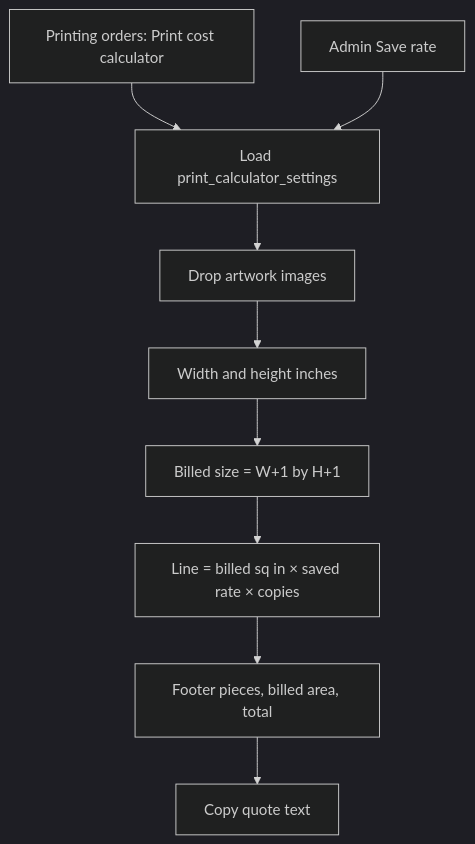
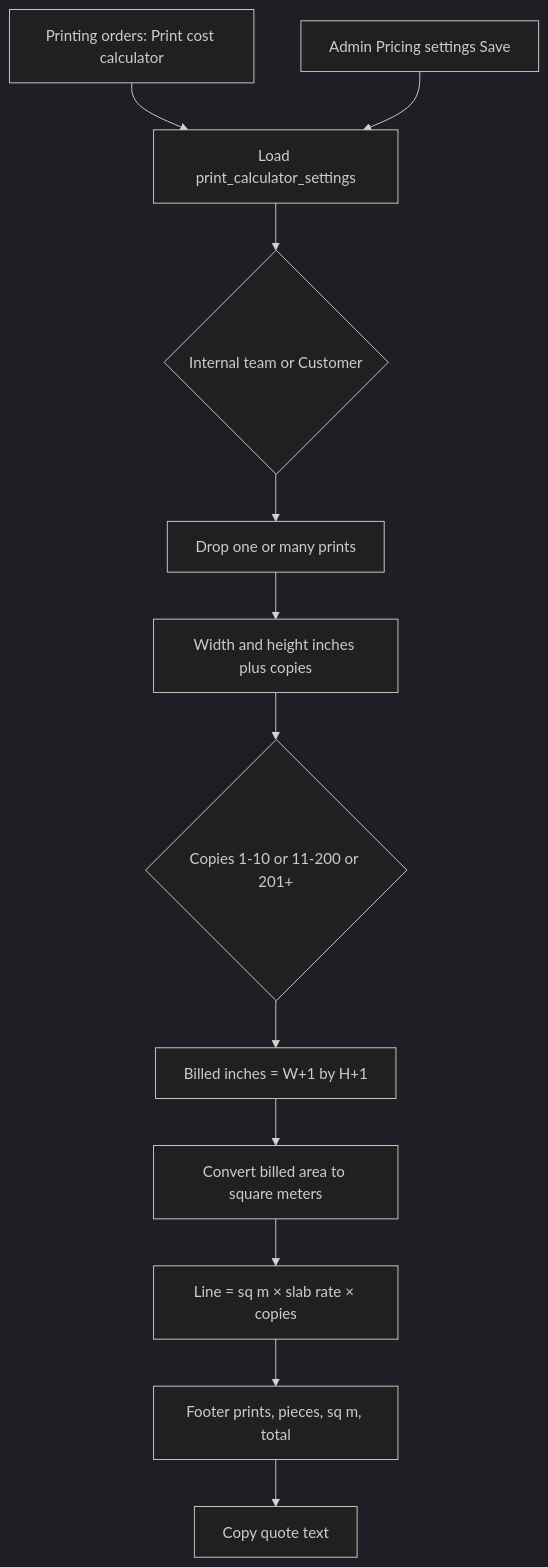
The first of 52 diagrams in docs/FLOWCHARTS.md (Mayur8291/Printing-Tracker), drawn with Mermaid (dark theme) before and after one commit. The commit also changed other lines of this file and 11 other files, not shown here.

First line of the commit message:
feat(print): price internal and customer rates by qty slab

````diff
--- a/docs/FLOWCHARTS.md
+++ b/docs/FLOWCHARTS.md
@@ -5,11 +5,14 @@
 ```mermaid
 flowchart TD
   Open[Printing orders: Print cost calculator] --> Rate[Load print_calculator_settings]
-  Rate --> Upload[Drop artwork images]
-  Upload --> Size[Width and height inches]
-  Size --> Bleed["Billed size = W+1 by H+1"]
-  Bleed --> Line["Line = billed sq in × saved rate × copies"]
-  Line --> Total[Footer pieces, billed area, total]
+  Rate --> List{Internal team or Customer}
+  List --> Upload[Drop one or many prints]
+  Upload --> Size[Width and height inches plus copies]
+  Size --> Slab{Copies 1-10 or 11-200 or 201+}
+  Slab --> Bleed["Billed inches = W+1 by H+1"]
+  Bleed --> Sqm[Convert billed area to square meters]
+  Sqm --> Line["Line = sq m × slab rate × copies"]
+  Line --> Total[Footer prints, pieces, sq m, total]
   Total --> Copy[Copy quote text]
-  Admin[Admin Save rate] --> Rate
+  Admin[Admin Pricing settings Save] --> Rate
 ```
````
